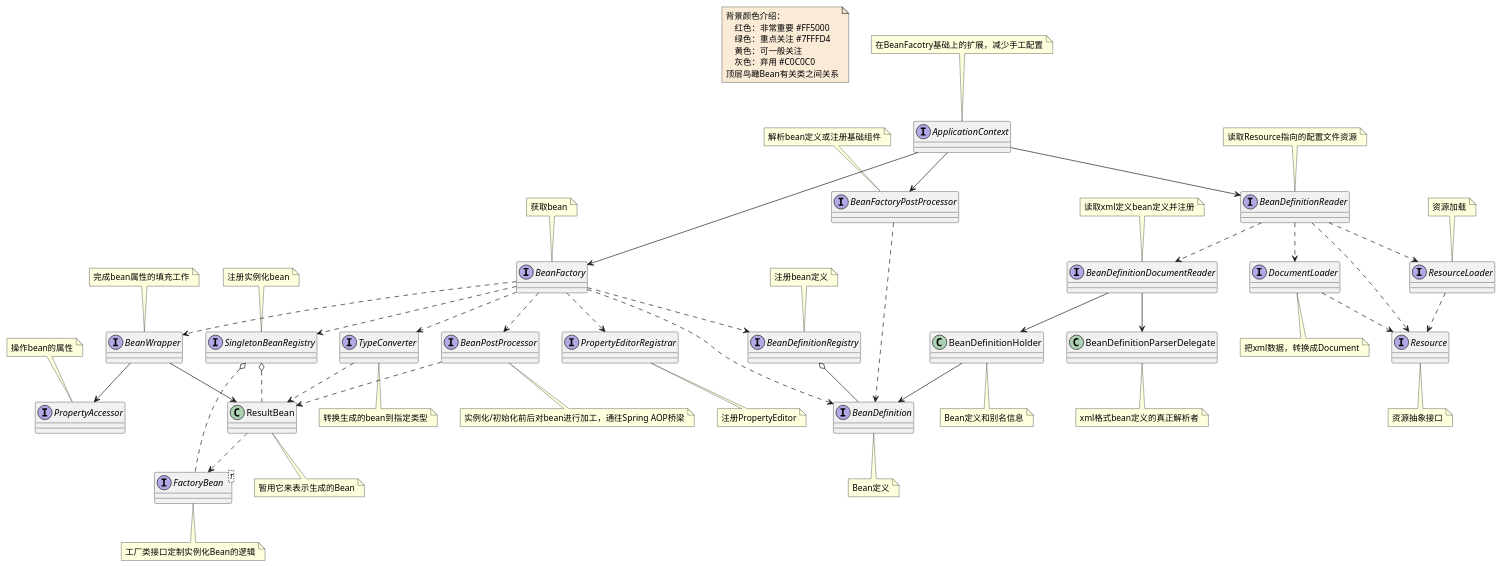
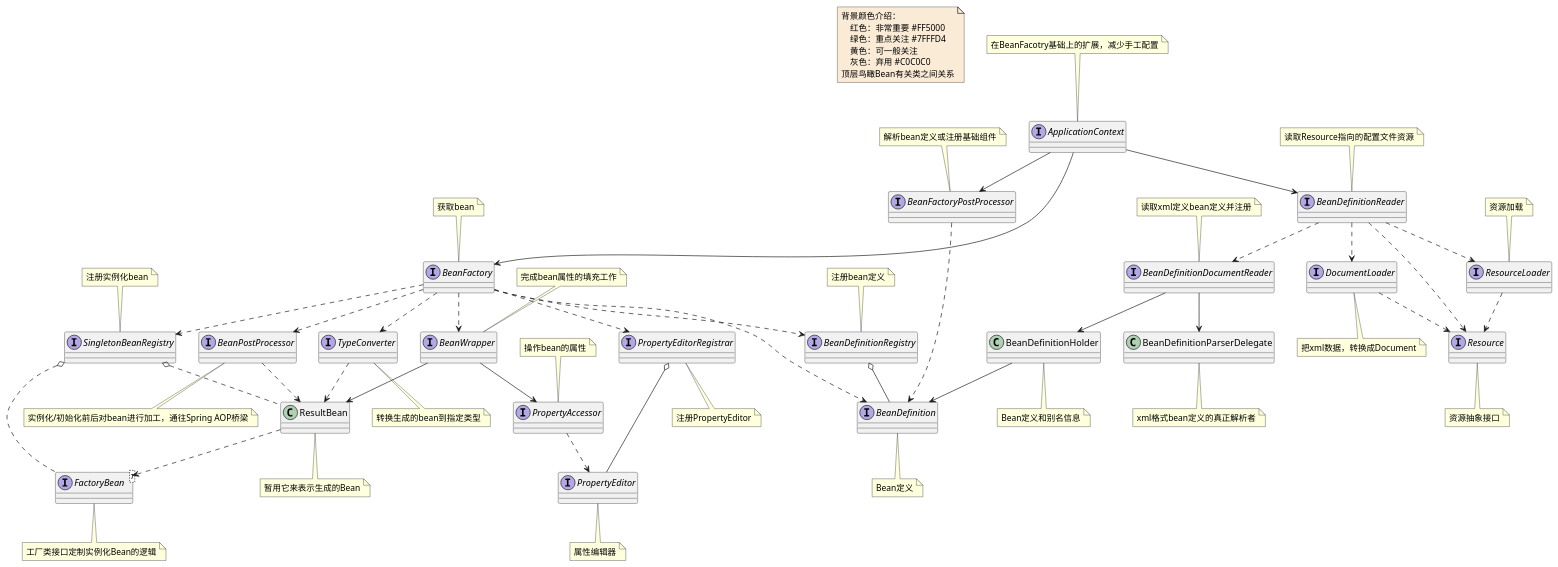
One commit to czwer/learn-spring-code changed the diagram in document/spring/base/class/Top-Aerial-View-Bean-class.puml. Above: the diagram before and after it, drawn with PlantUML. The commit also changed 4 other files, not shown here.

Commit message:
1.重命名 2.修改Bean顶层类图关系

```diff
--- a/document/spring/base/class/Top-Aerial-View-Bean-class.puml
+++ b/document/spring/base/class/Top-Aerial-View-Bean-class.puml
@@ -1,124 +1,131 @@
 @startuml
 
 note  as N1 #FAEBD7
     背景颜色介绍：
         红色：非常重要 #FF5000
         绿色：重点关注 #7FFFD4
         黄色：可一般关注
         灰色：弃用 #C0C0C0
     顶层鸟瞰Bean有关类之间关系
 end note
 
 interface ApplicationContext
 note top :在BeanFacotry基础上的扩展，减少手工配置
 
 class ResultBean
 note bottom : 暂用它来表示生成的Bean
 
 
 interface BeanDefinition
 note bottom :Bean定义
 
 interface BeanDefinitionDocumentReader
 note top :读取xml定义bean定义并注册
 
 class BeanDefinitionHolder
 note bottom :Bean定义和别名信息
 
 
 interface  BeanDefinitionReader
 note top :读取Resource指向的配置文件资源
 
 interface BeanDefinitionRegistry
 note top : 注册bean定义
 
 class BeanDefinitionParserDelegate
 note bottom : xml格式bean定义的真正解析者
 
 interface BeanFactory
 note top : 获取bean
 
 interface BeanFactoryPostProcessor
 note top : 解析bean定义或注册基础组件
 
 interface BeanPostProcessor
 note bottom : 实例化/初始化前后对bean进行加工，通往Spring AOP桥梁
 
 interface BeanWrapper
 note top : 完成bean属性的填充工作
 
 
 interface DocumentLoader
 note bottom : 把xml数据，转换成Document
 
 interface FactoryBean<T>
 note bottom : 工厂类接口定制实例化Bean的逻辑
 
 interface PropertyAccessor
 note top : 操作bean的属性
 
+interface PropertyEditor
+note  bottom : 属性编辑器
+
 
 interface PropertyEditorRegistrar
 note  bottom : 注册PropertyEditor
 
 
 interface Resource
 note bottom : 资源抽象接口
 
 
 interface ResourceLoader
 note top : 资源加载
 
 interface SingletonBeanRegistry
 note top : 注册实例化bean
 
 interface TypeConverter
 note bottom : 转换生成的bean到指定类型
 
 ApplicationContext --> BeanDefinitionReader
 ApplicationContext --> BeanFactory
 ApplicationContext --> BeanFactoryPostProcessor
 
 
 
 BeanDefinitionDocumentReader --> BeanDefinitionHolder
 BeanDefinitionDocumentReader --> BeanDefinitionParserDelegate
 
 
 BeanDefinitionHolder --> BeanDefinition
 
 BeanDefinitionReader ..> BeanDefinitionDocumentReader
 BeanDefinitionReader ..> DocumentLoader
 BeanDefinitionReader ..> Resource
 BeanDefinitionReader ..> ResourceLoader
 
 BeanDefinitionRegistry o--BeanDefinition
 
 BeanFactory ..> BeanDefinitionRegistry
 BeanFactory ..> BeanDefinition
 BeanFactory ..> BeanPostProcessor
 BeanFactory ..> BeanWrapper
 BeanFactory ..> SingletonBeanRegistry
 BeanFactory ..> TypeConverter
 BeanFactory ..> PropertyEditorRegistrar
 
 BeanFactoryPostProcessor ..> BeanDefinition
 
 BeanPostProcessor ..> ResultBean
 
 BeanWrapper --> PropertyAccessor
 BeanWrapper --> ResultBean
 
 DocumentLoader ..> Resource
 
+PropertyAccessor ..> PropertyEditor
+
+PropertyEditorRegistrar o-- PropertyEditor
+
 ResultBean ..> FactoryBean
 
 ResourceLoader ..> Resource
 
 SingletonBeanRegistry o.. FactoryBean
 SingletonBeanRegistry o.. ResultBean
 
 TypeConverter ..> ResultBean
 
 
 @enduml
```
